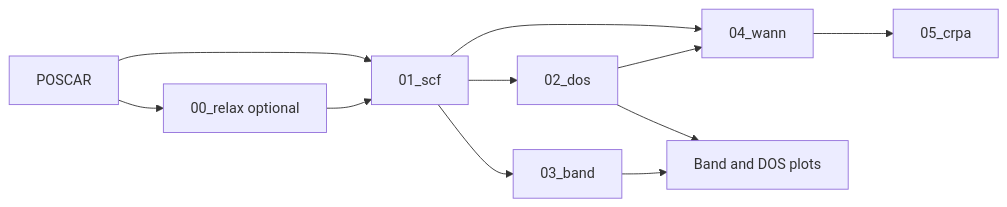
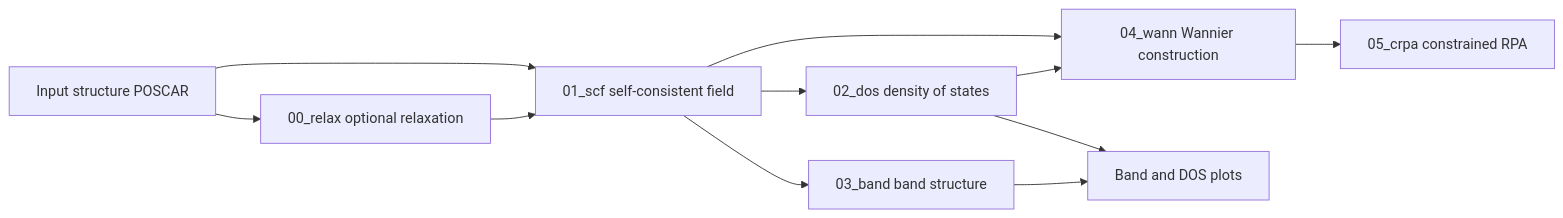
One commit to zjphys/cRPA_flow changed the diagram in docs/user_manual.md. Above: the diagram before and after it, drawn with Mermaid. The commit also changed other lines of this file and 17 other files, not shown here.

````diff
--- a/docs/user_manual.md
+++ b/docs/user_manual.md
@@ -36,13 +55,13 @@
 ```mermaid
 flowchart LR
-    A[POSCAR] --> B[00_relax optional]
-    A --> C[01_scf]
+    A[Input structure POSCAR] --> B[00_relax optional relaxation]
+    A --> C[01_scf self-consistent field]
     B --> C
-    C --> D[02_dos]
-    C --> E[03_band]
-    C --> F[04_wann]
+    C --> D[02_dos density of states]
+    C --> E[03_band band structure]
+    C --> F[04_wann Wannier construction]
     D --> F
     D --> G[Band and DOS plots]
     E --> G
-    F --> H[05_crpa]
+    F --> H[05_crpa constrained RPA]
 ```
````
